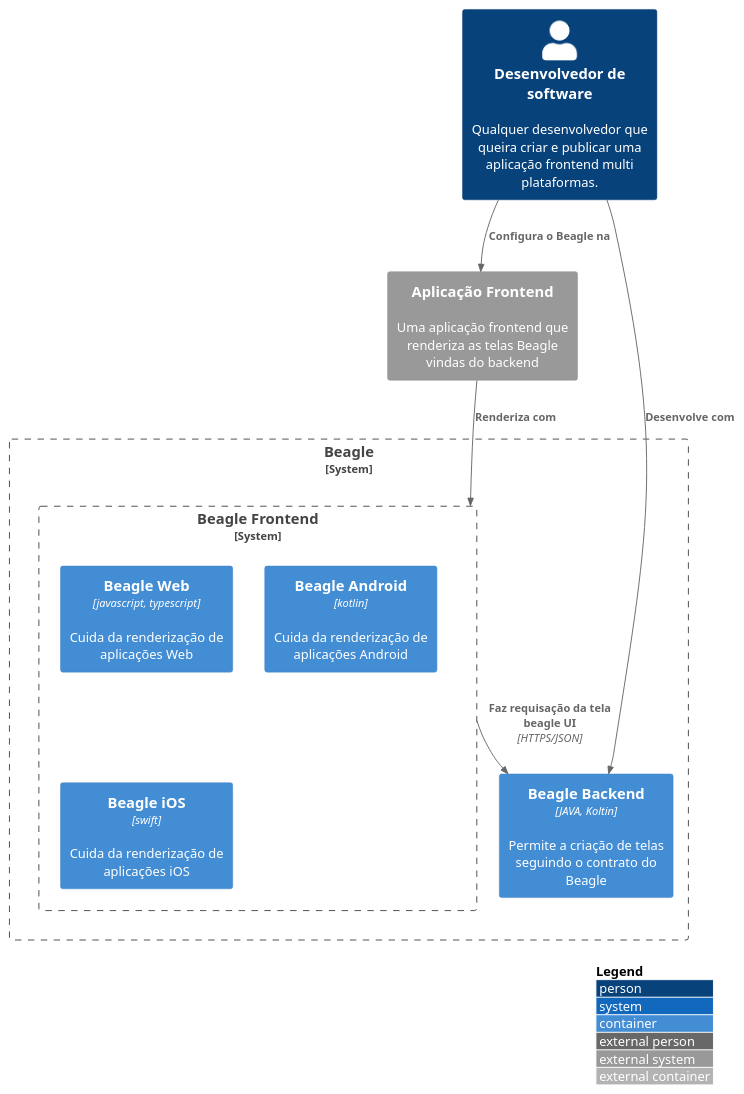
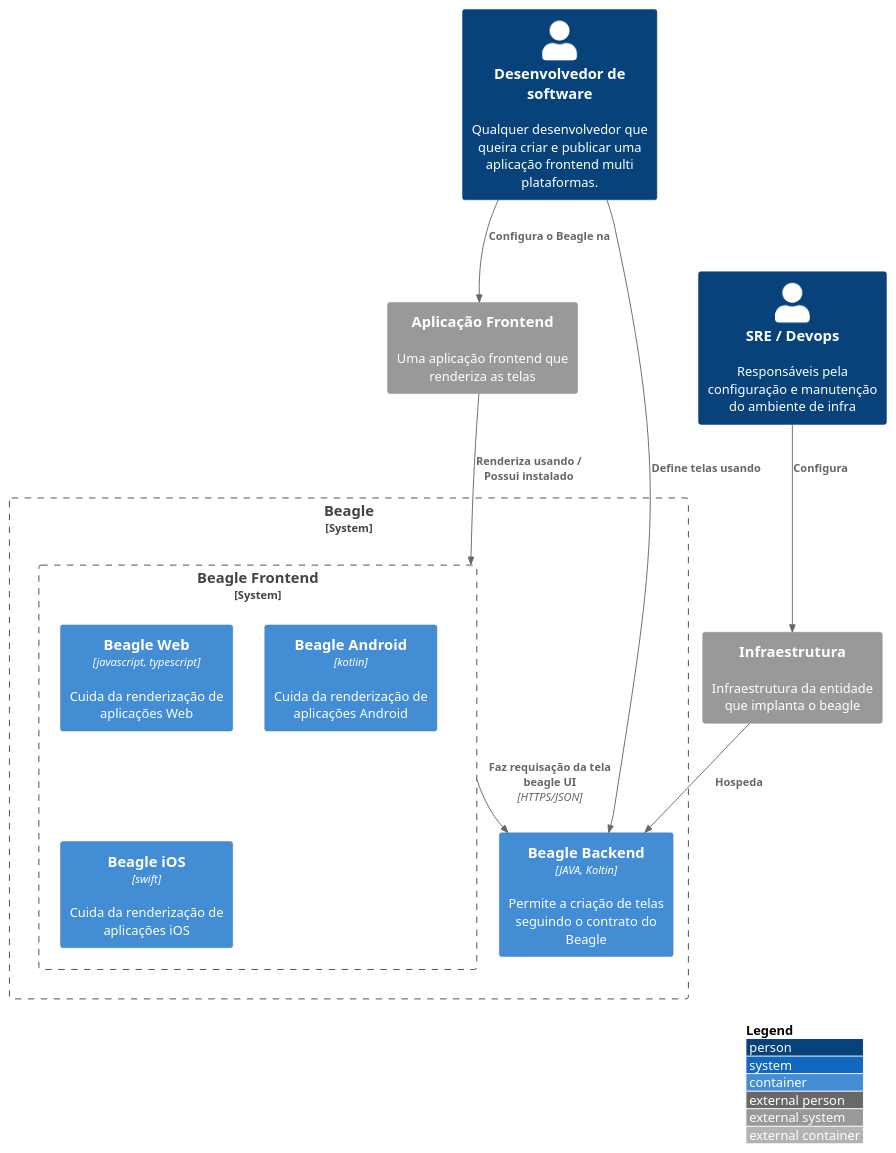
Before and after one commit to ZupIT/beagle-c4model: the diagram in pt-br/src/C2 - Container/c2.puml, drawn with PlantUML. The commit also changed 18 other files, not shown here.

```diff
--- a/pt-br/src/C2 - Container/c2.puml
+++ b/pt-br/src/C2 - Container/c2.puml
@@ -1,26 +1,29 @@
-@startuml
+@startuml container
 !include https://raw.githubusercontent.com/adrianvlupu/C4-PlantUML/latest/C4_Container.puml
 
 LAYOUT_WITH_LEGEND()
 
-System_Boundary(beagle, "Beagle") {
+Person(software_developer, "Desenvolvedor de software", "Qualquer desenvolvedor que queira criar e publicar uma aplicação frontend multi plataformas.")
+System_Boundary(beagle, "Beagle"){
   
-    Container(beagle_backend, "Beagle Backend", "JAVA, Koltin", "Permite a criação de telas seguindo o contrato do Beagle")
-    
-    System_Boundary(beagle_frontend, "Beagle Frontend") {
+  Container(beagle_backend, "Beagle Backend", "JAVA, Koltin", "Permite a criação de telas seguindo o contrato do Beagle")
+
+  System_Boundary(beagle_frontend, "Beagle Frontend") {
       
     Container(beagle_web_core, "Beagle Web", "javascript, typescript", "Cuida da renderização de aplicações Web")
       Container(beagle_android, "Beagle Android", "kotlin", "Cuida da renderização de aplicações Android")
       Container(beagle_ios, "Beagle iOS", "swift", "Cuida da renderização de aplicações iOS")
-    }
+  }
 }
+System_Ext(frontend_app, "Aplicação Frontend", "Uma aplicação frontend que renderiza as telas")
+System_Ext(infra, "Infraestrutura", "Infraestrutura da entidade que implanta o beagle")
+Person(sre, "SRE / Devops", "Responsáveis pela configuração e manutenção do ambiente de infra")
 
-System_Ext(frontend_app, "Aplicação Frontend", "Uma aplicação frontend que renderiza as telas Beagle vindas do backend")
-Person(software_developer, "Desenvolvedor de software", "Qualquer desenvolvedor que queira criar e publicar uma aplicação frontend multi plataformas.")
-
-Rel(software_developer, beagle_backend, "Desenvolve com")
+Rel(software_developer, beagle_backend, "Define telas usando")
+Rel(frontend_app, beagle_frontend, "Renderiza usando / Possui instalado")
 Rel(beagle_frontend, beagle_backend, "Faz requisação da tela beagle UI","HTTPS/JSON")
-Rel(frontend_app, beagle_frontend, "Renderiza com")
+Rel(infra, beagle_backend, "Hospeda")
+Rel(sre, infra, "Configura")
 Rel(software_developer, frontend_app, "Configura o Beagle na")
 
 @enduml
```
